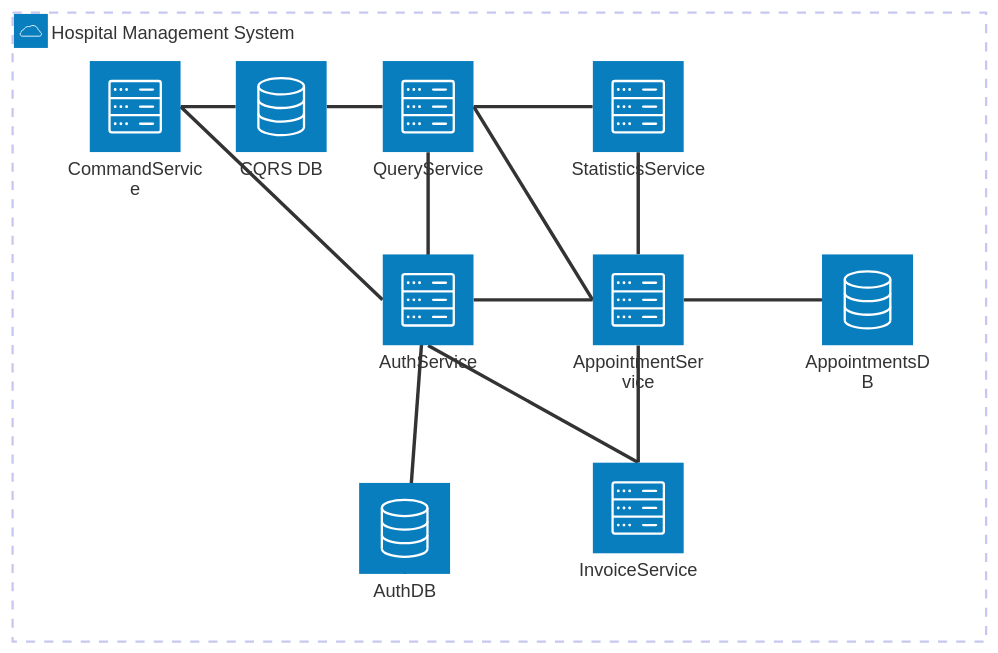
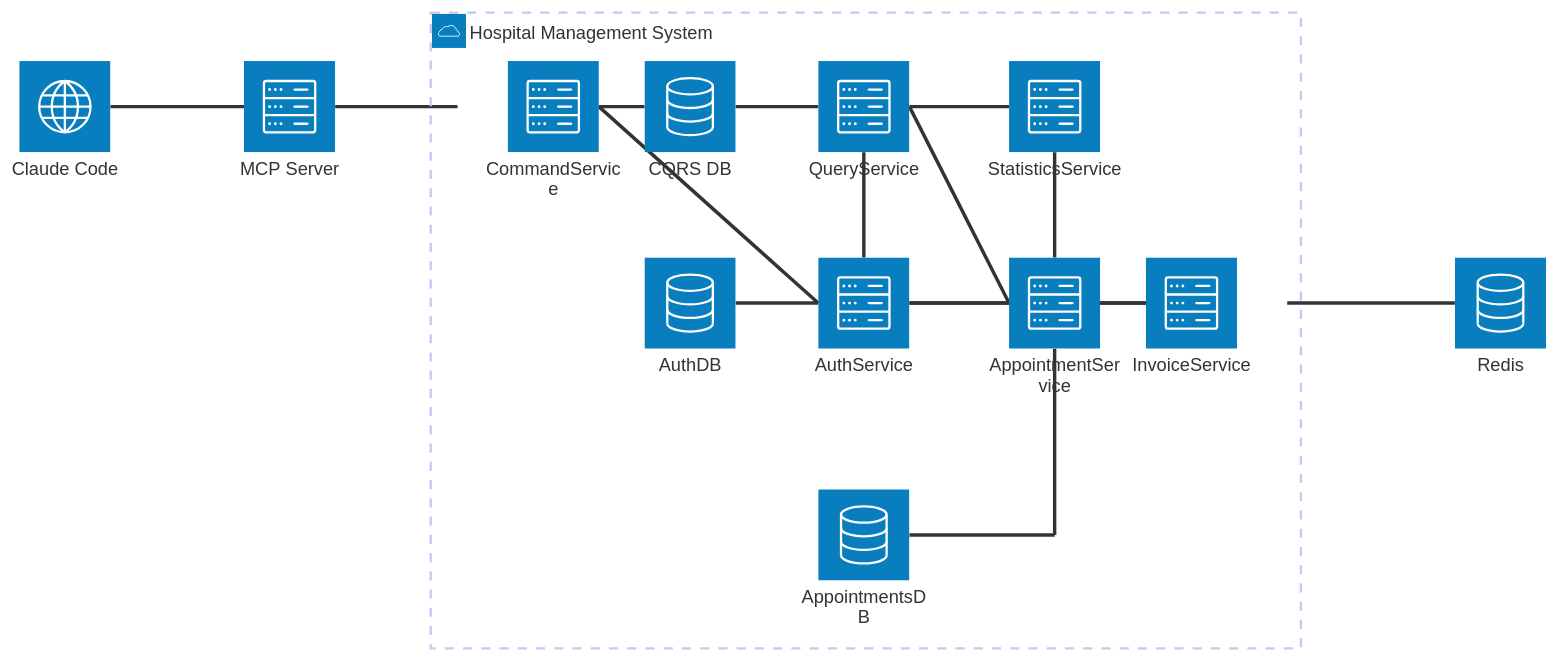
The diagram in README.md (jankovicdanilo/HospitalManagement), drawn with Mermaid before and after one commit.

Commit message:
Add mcp and redis to diagram

````diff
--- a/README.md
+++ b/README.md
@@ -24,35 +24,51 @@
 ```mermaid
 architecture-beta
     group system(cloud)[Hospital Management System]
 
     %% Databases
     service cqrsdb(database)[CQRS DB] in system
     service authdb(database)[AuthDB] in system
     service appdb(database)[AppointmentsDB] in system
 
     %% Services
     service command(server)[CommandService] in system
     service auth(server)[AuthService] in system
     service app(server)[AppointmentService] in system
     service query(server)[QueryService] in system
     service invoice(server)[InvoiceService] in system
     service stats(server)[StatisticsService] in system
 
+    %% Invisible bend, so AppointmentsDB sits below AuthService but connects only to AppointmentService
+    junction appjunction in system
+
+    %% Clients and shared infrastructure (outside the system boundary)
+    service claude(internet)[Claude Code]
+    service mcp(server)[MCP Server]
+    service redis(database)[Redis]
+
+    %% Connections that cannot sit side by side (listed first, so the layout edges below take priority)
+    auth:L -- R:command
+    auth:R -- L:invoice
+    app:L -- R:query
+
     %% Database ownership
     command:R -- L:cqrsdb
     query:L -- R:cqrsdb
-    auth:T -- B:authdb
-    app:R -- L:appdb
+    auth:L -- R:authdb
+    app:B -- T:appjunction
+    appjunction:L -- R:appdb
 
-    %% Authentication (JWT)
-    auth:L -- R:command
+    %% Authentication (JWT) and business communication
+    auth:T -- B:query
     auth:R -- L:app
-    auth:T -- B:query
-    auth:B -- T:invoice
-
-    %% Business communication
-    app:L -- R:query
-    invoice:T -- B:app
     stats:B -- T:app
     query:R -- L:stats
+    app:R -- L:invoice
+
+    %% MCP: started by Claude Code, calls the services with a service token issued by Auth
+    claude:R -- L:mcp
+    mcp:R -- L:command{group}
+
+    %% Redis: statistics cache and token revocation list
+    redis:L -- R:invoice{group}
 ```
````
